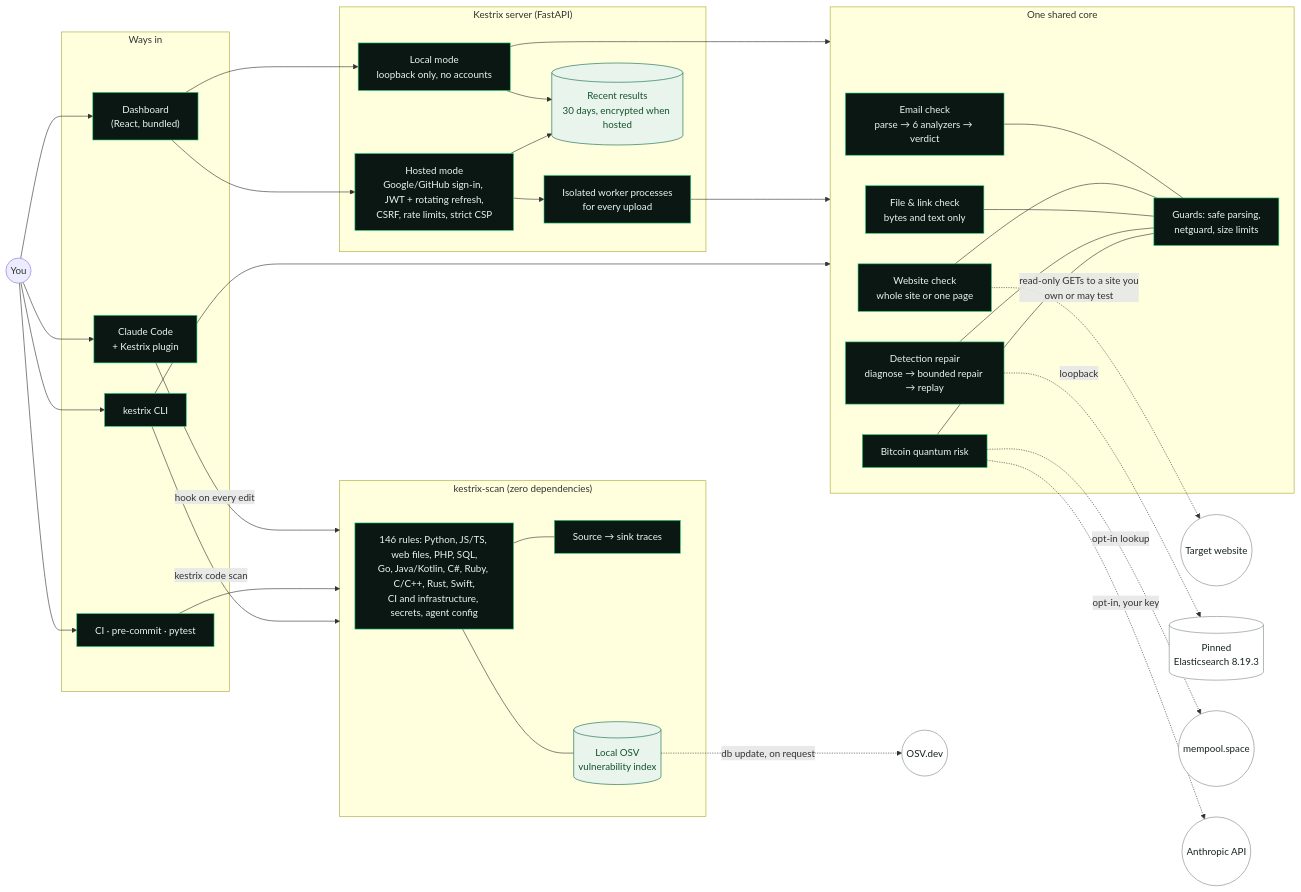
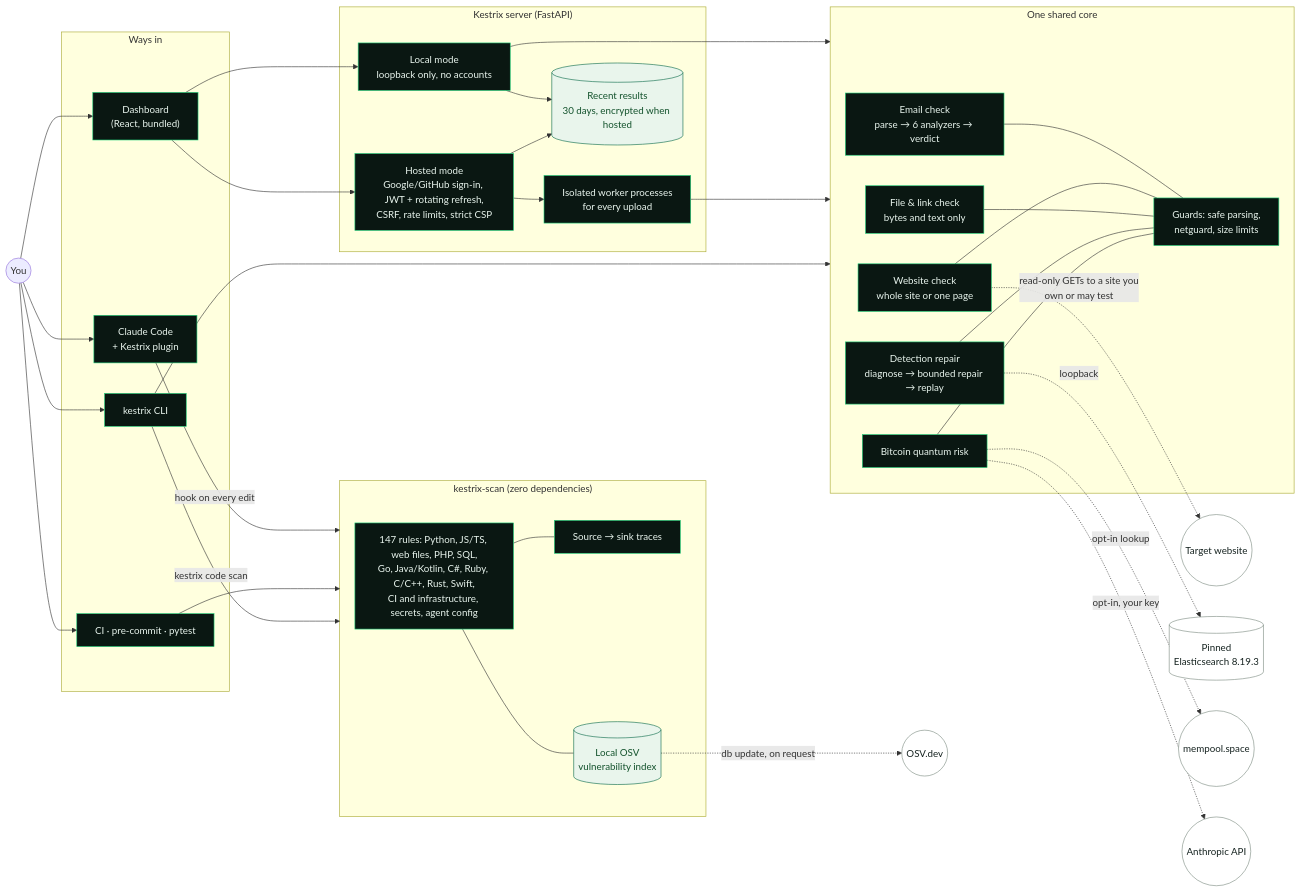
One commit to Ruthvik-Bandari/kestrix changed the diagram in README.md. Above: the diagram before and after it, drawn with Mermaid. The commit also changed 17 other files, not shown here.

````diff
--- a/README.md
+++ b/README.md
@@ -408,59 +408,59 @@
 ```mermaid
 flowchart LR
   you(("You"))
 
   subgraph entry["Ways in"]
     cli["kestrix CLI"]
     ui["Dashboard<br/>(React, bundled)"]
     cc["Claude Code<br/>+ Kestrix plugin"]
     ci["CI · pre-commit · pytest"]
   end
 
   subgraph server["Kestrix server (FastAPI)"]
     local["Local mode<br/>loopback only, no accounts"]
     hosted["Hosted mode<br/>Google/GitHub sign-in, JWT + rotating refresh,<br/>CSRF, rate limits, strict CSP"]
     iso["Isolated worker processes<br/>for every upload"]
     hist[("Recent results<br/>30 days, encrypted when hosted")]
   end
 
   subgraph core["One shared core"]
     mail["Email check<br/>parse → 6 analyzers → verdict"]
     web["Website check<br/>whole site or one page"]
     foren["File & link check<br/>bytes and text only"]
     det["Detection repair<br/>diagnose → bounded repair → replay"]
     btc["Bitcoin quantum risk"]
     guard["Guards: safe parsing,<br/>netguard, size limits"]
   end
 
   subgraph scanner["kestrix-scan (zero dependencies)"]
-    rules["146 rules: Python, JS/TS, web files, PHP, SQL,<br/>Go, Java/Kotlin, C#, Ruby, C/C++, Rust, Swift,<br/>CI and infrastructure, secrets, agent config"]
+    rules["147 rules: Python, JS/TS, web files, PHP, SQL,<br/>Go, Java/Kotlin, C#, Ruby, C/C++, Rust, Swift,<br/>CI and infrastructure, secrets, agent config"]
     taint["Source → sink traces"]
     osv[("Local OSV<br/>vulnerability index")]
   end
 
   you --> cli & ui & cc & ci
   ui --> local & hosted
   hosted --> iso
   local & iso --> core
   cli --> core
   local & hosted --> hist
   cc -->|"hook on every edit"| scanner
   ci --> scanner
   cli -->|"kestrix code scan"| scanner
   rules --- taint
   rules --- osv
   mail & web & foren & det & btc --- guard
 
   web -.->|"read-only GETs to a site you<br/>own or may test"| site((Target website))
   det -.->|"loopback"| es[("Pinned<br/>Elasticsearch 8.19.3")]
   btc -.->|"opt-in lookup"| mempool((mempool.space))
   btc -.->|"opt-in, your key"| anthropic((Anthropic API))
   osv -.->|"db update, on request"| osvnet((OSV.dev))
 
   classDef zone fill:#0a1712,stroke:#1fd17a,color:#e9f5ee
   classDef ext fill:#ffffff,stroke:#7d8d82,color:#162320
   classDef store fill:#e9f5ec,stroke:#0c6b4b,color:#14532d
   class cli,ui,cc,ci,local,hosted,iso,mail,web,foren,det,btc,guard,rules,taint zone
   class site,es,mempool,anthropic,osvnet ext
   class hist,osv store
 ```
````
